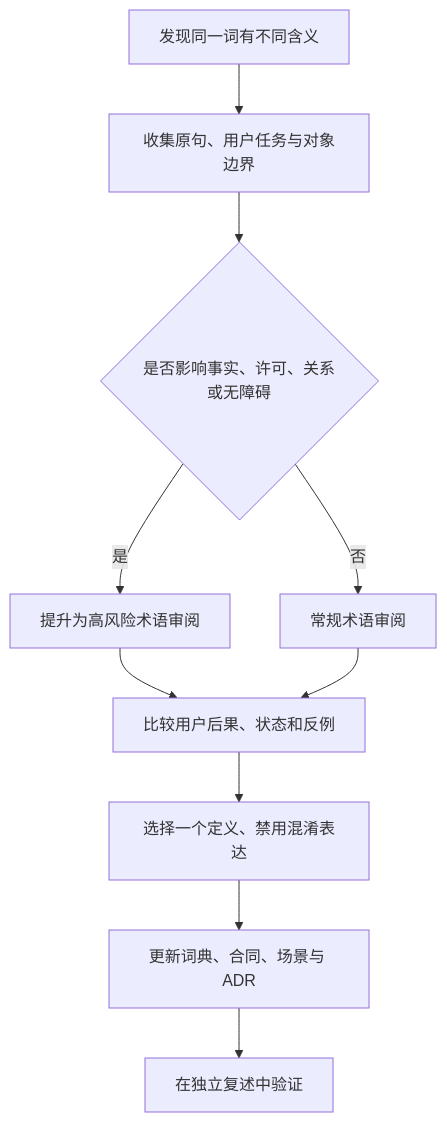
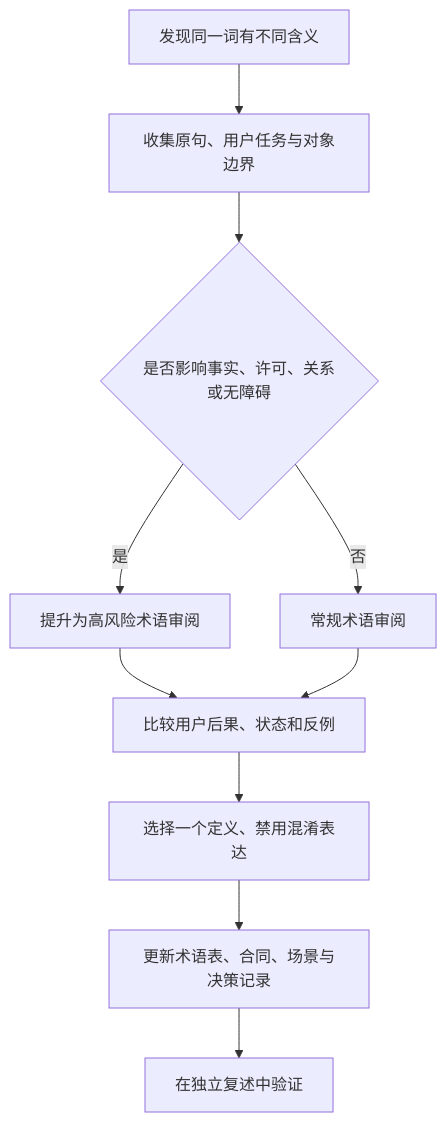
Before and after one commit to weiz98417-crypto/qiuqiu: the diagram in docs/球球全套资料/8.附录/附录A-领域术语与统一语言.md, drawn with Mermaid. The commit also changed other lines of this file and 19 other files, not shown here.

````diff
--- a/docs/球球全套资料/8.附录/附录A-领域术语与统一语言.md
+++ b/docs/球球全套资料/8.附录/附录A-领域术语与统一语言.md
@@ -278,12 +82,12 @@
 ```mermaid
 flowchart TD
     A[发现同一词有不同含义] --> B[收集原句、用户任务与对象边界]
     B --> C{是否影响事实、许可、关系或无障碍}
     C -->|是| D[提升为高风险术语审阅]
     C -->|否| E[常规术语审阅]
     D --> F[比较用户后果、状态和反例]
     E --> F
     F --> G[选择一个定义、禁用混淆表达]
-    G --> H[更新词典、合同、场景与 ADR]
+    G --> H[更新术语表、合同、场景与决策记录]
     H --> I[在独立复述中验证]
 ```
````
